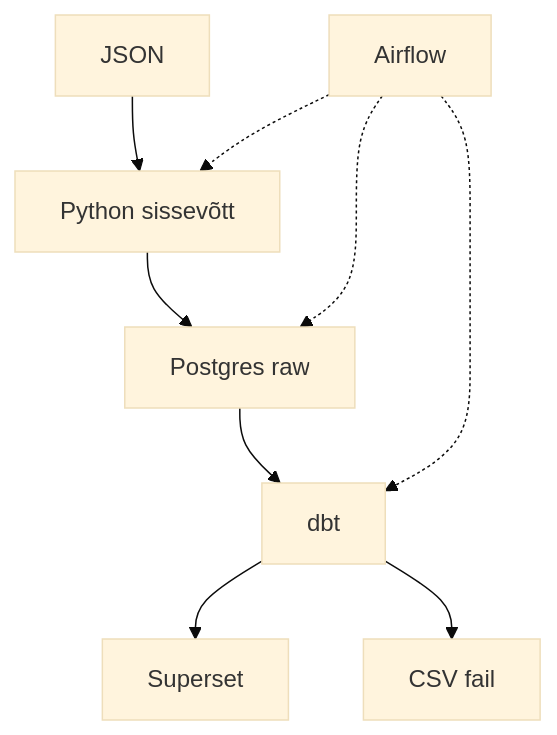
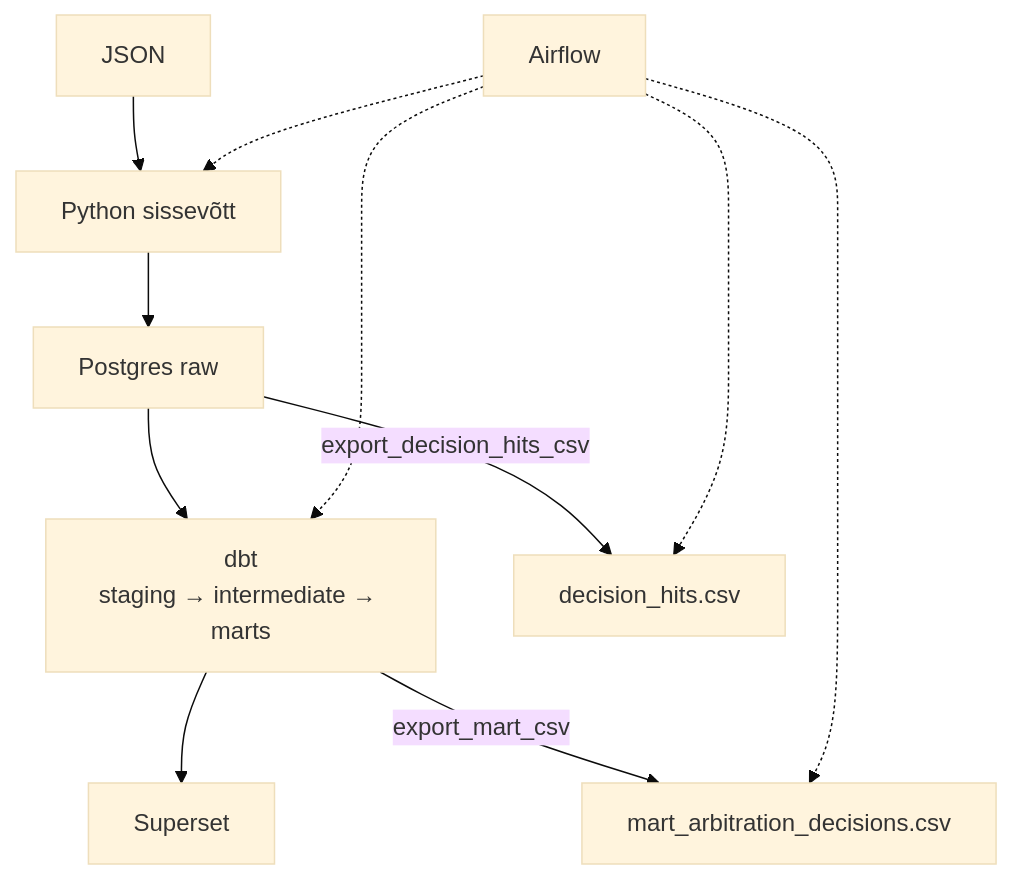
The diagram in README.md (eu-merger-cases-analytics/eu-merger-arbitration-pipeline), drawn with Mermaid (base theme) before and after one commit. The commit also changed other lines of this file and 11 other files, not shown here.

Commit message:
Added Airflow schedule time to separate file; Added hits  csv geneartion to pipeline; Updated docs.

````diff
--- a/README.md
+++ b/README.md
@@ -31,16 +31,20 @@
 ```mermaid
 flowchart TB
     ec[JSON]
     py[Python sissevõtt]
     raw[Postgres raw]
-    dbt[dbt]
+    dbt[dbt<br/>staging → intermediate → marts]
     ss[Superset]
-    csv[CSV fail]
+    csvHits[decision_hits.csv]
+    csvMart[mart_arbitration_decisions.csv]
     af[Airflow]
 
-    ec --> py --> raw --> dbt --> ss
-    dbt --> csv
+    ec --> py --> raw --> dbt
+    dbt --> ss
+    raw -->|export_decision_hits_csv| csvHits
+    dbt -->|export_mart_csv| csvMart
     af -.-> py
-    af -.-> raw
     af -.-> dbt
+    af -.-> csvHits
+    af -.-> csvMart
 ```
````
